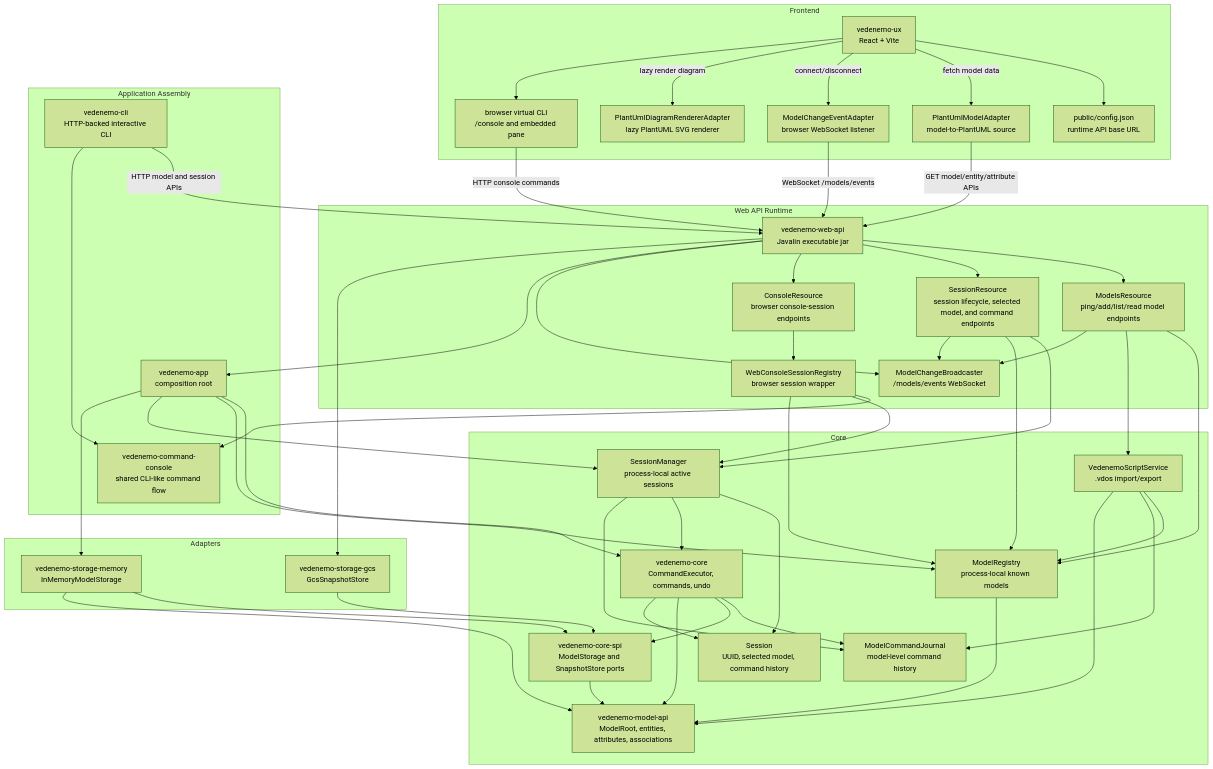
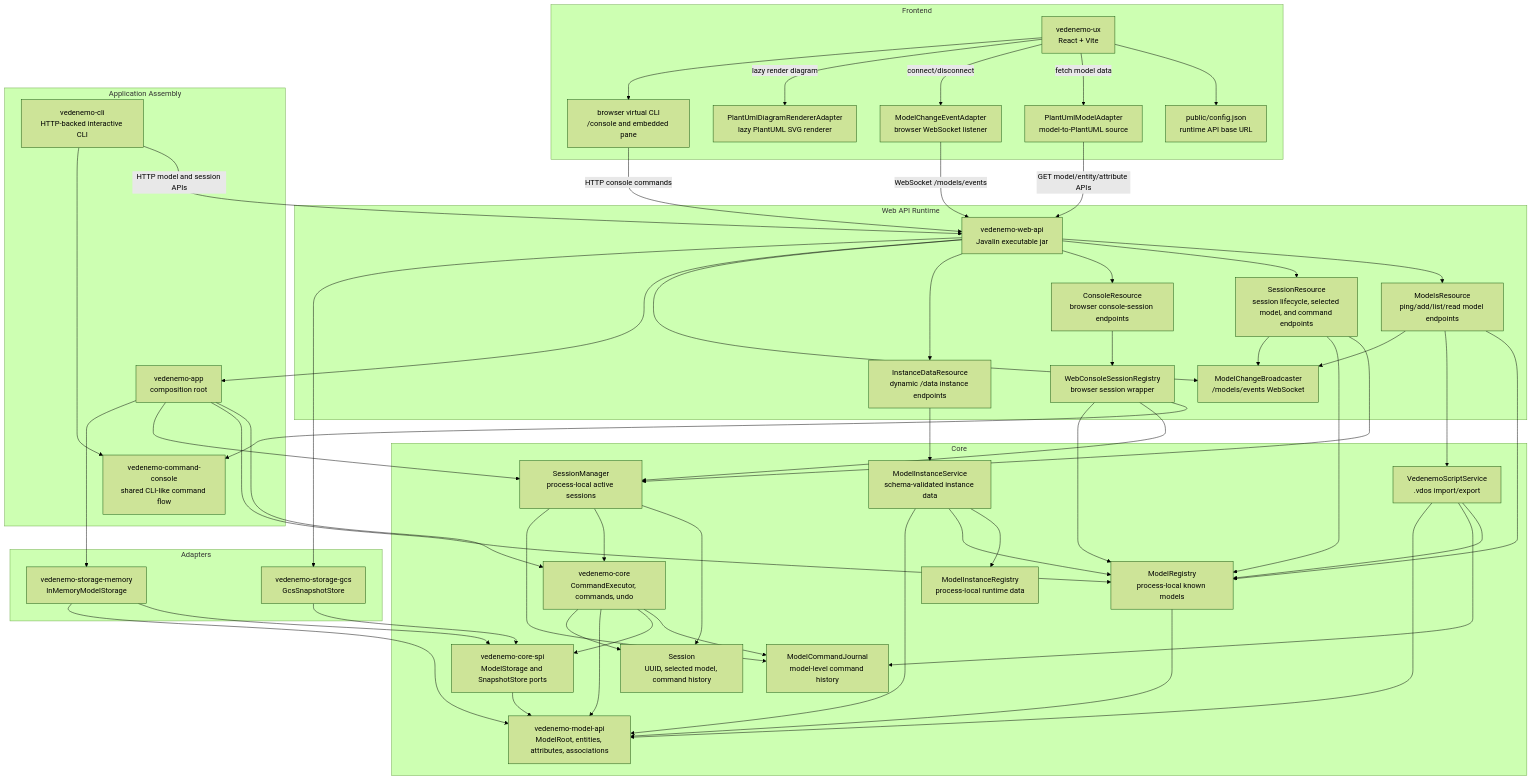
Before and after one commit to VedenemoDev/VedenemoMonorepo: the first of 8 diagrams in docs/architecture_doc.md, drawn with Mermaid (forest theme). The commit also changed other lines of this file and 20 other files, not shown here.

```diff
--- a/docs/architecture_doc.md
+++ b/docs/architecture_doc.md
@@ -28,6 +28,7 @@
     ModelsResource["ModelsResource<br/>ping/add/list/read model endpoints"]
     SessionResource["SessionResource<br/>session lifecycle, selected model, and command endpoints"]
     ConsoleResource["ConsoleResource<br/>browser console-session endpoints"]
+    InstanceDataResource["InstanceDataResource<br/>dynamic /data instance endpoints"]
     ConsoleRegistry["WebConsoleSessionRegistry<br/>browser session wrapper"]
     ModelEvents["ModelChangeBroadcaster<br/>/models/events WebSocket"]
 end
@@ -41,6 +42,8 @@
 subgraph Core["Core"]
     CoreModule["vedenemo-core<br/>CommandExecutor, commands, undo"]
     ScriptService["VedenemoScriptService<br/>.vdos import/export"]
+    InstanceService["ModelInstanceService<br/>schema-validated instance data"]
+    InstanceRegistry["ModelInstanceRegistry<br/>process-local runtime data"]
     CommandJournal["ModelCommandJournal<br/>model-level command history"]
     SessionManager["SessionManager<br/>process-local active sessions"]
     Session["Session<br/>UUID, selected model, command history"]
@@ -67,6 +70,7 @@
 WebApi --> ModelsResource
 WebApi --> SessionResource
 WebApi --> ConsoleResource
+WebApi --> InstanceDataResource
 WebApi --> ModelEvents
 WebApi --> AppRoot
 WebApi --> GcsStorage
@@ -80,6 +84,7 @@
 SessionResource --> SessionManager
 SessionResource --> ModelRegistry
 SessionResource --> ModelEvents
+InstanceDataResource --> InstanceService
 AppRoot --> CoreModule
 AppRoot --> ModelRegistry
 AppRoot --> SessionManager
@@ -91,6 +96,9 @@
 ScriptService --> ModelRegistry
 ScriptService --> CommandJournal
 ScriptService --> ModelApi
+InstanceService --> InstanceRegistry
+InstanceService --> ModelRegistry
+InstanceService --> ModelApi
 ModelRegistry --> ModelApi
 CoreModule --> Spi
 CoreModule --> ModelApi
```
